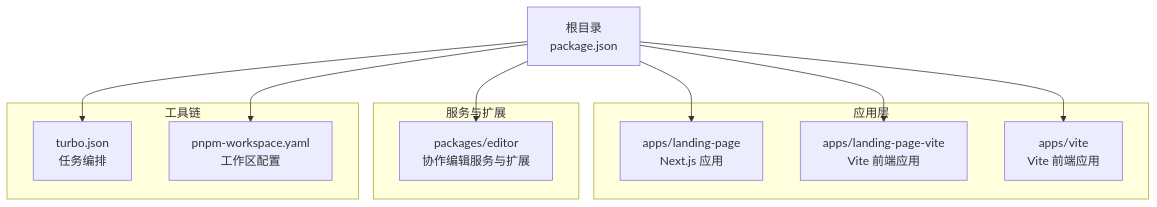
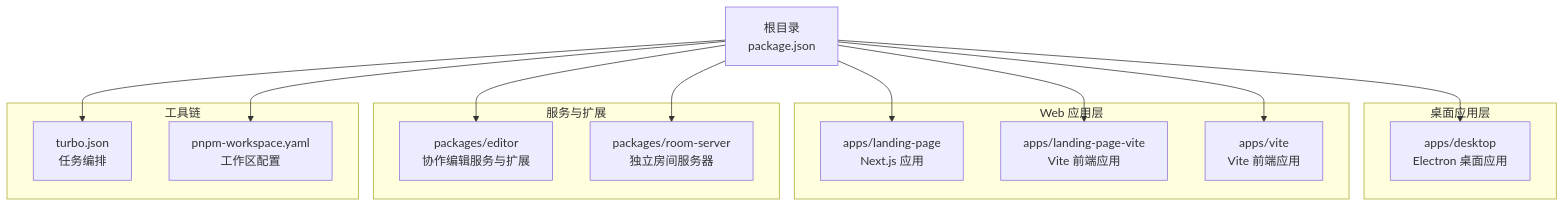
The first of 7 diagrams in .qoder/repowiki/zh/content/部署配置/部署配置.md (LRF0422/Kotion), drawn with Mermaid before and after one commit. The commit also changed other lines of this file and 75 other files, not shown here.

````diff
--- a/.qoder/repowiki/zh/content/部署配置/部署配置.md
+++ b/.qoder/repowiki/zh/content/部署配置/部署配置.md
@@ -38,21 +72,27 @@
 ```mermaid
 graph TB
-A["根目录<br/>package.json"] --> B["apps/landing-page<br/>Next.js 应用"]
-A --> C["apps/landing-page-vite<br/>Vite 前端应用"]
-A --> D["apps/vite<br/>Vite 前端应用"]
-A --> E["packages/editor<br/>协作编辑服务与扩展"]
-A --> F["turbo.json<br/>任务编排"]
-A --> G["pnpm-workspace.yaml<br/>工作区配置"]
-subgraph "应用层"
+A["根目录<br/>package.json"] --> B["apps/desktop<br/>Electron 桌面应用"]
+A --> C["apps/landing-page<br/>Next.js 应用"]
+A --> D["apps/landing-page-vite<br/>Vite 前端应用"]
+A --> E["apps/vite<br/>Vite 前端应用"]
+A --> F["packages/editor<br/>协作编辑服务与扩展"]
+A --> G["packages/room-server<br/>独立房间服务器"]
+A --> H["turbo.json<br/>任务编排"]
+A --> I["pnpm-workspace.yaml<br/>工作区配置"]
+subgraph "桌面应用层"
 B
+end
+subgraph "Web 应用层"
 C
 D
+E
 end
 subgraph "服务与扩展"
-E
-end
-subgraph "工具链"
 F
 G
 end
+subgraph "工具链"
+H
+I
+end
 ```
````
